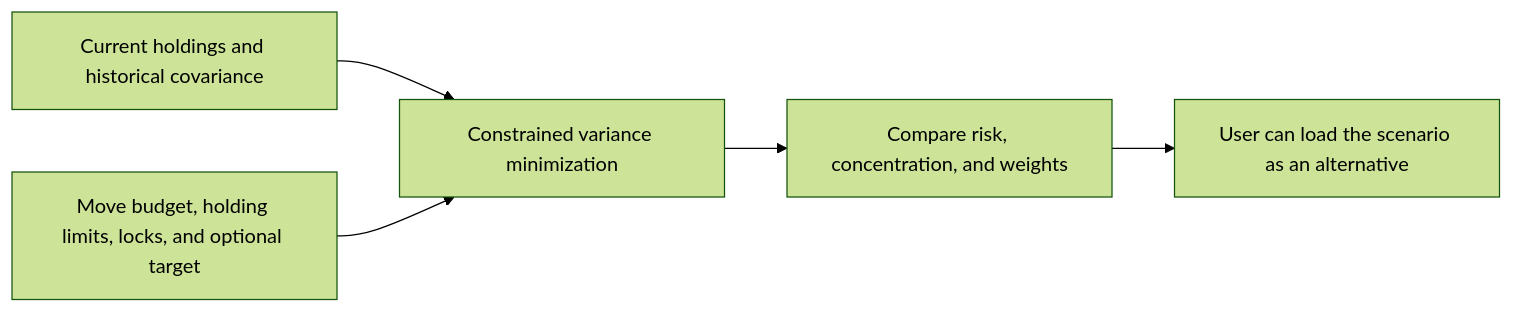
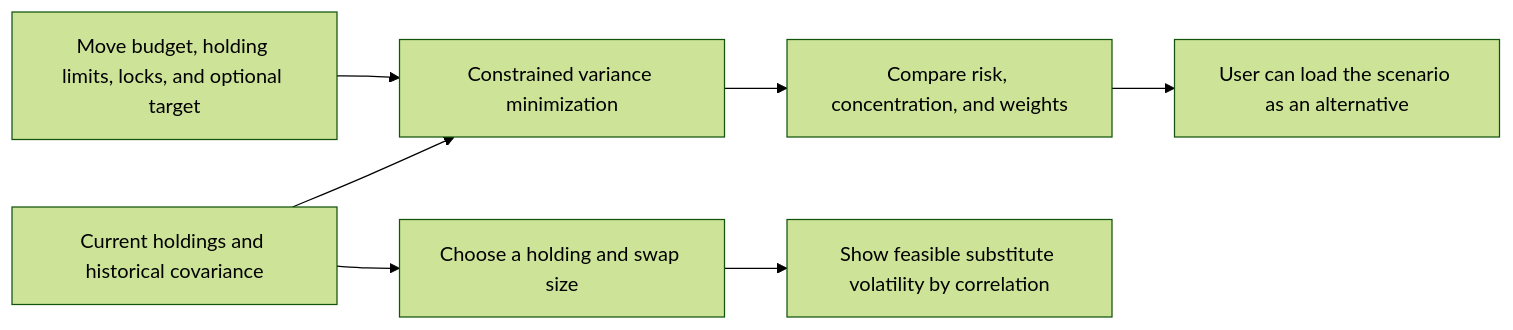
One commit to alisaayz/portfolio-risk changed the second of 2 diagrams in README.md. Above: the diagram before and after it, drawn with Mermaid (forest theme). The commit also changed other lines of this file and 11 other files, not shown here.

````diff
--- a/README.md
+++ b/README.md
@@ -291,7 +294,9 @@
 ```mermaid
 flowchart LR
     A[Current holdings and historical covariance] --> C[Constrained variance minimization]
     B[Move budget, holding limits, locks, and optional target] --> C
     C --> D[Compare risk, concentration, and weights]
     D --> E[User can load the scenario as an alternative]
+    A --> F[Choose a holding and swap size]
+    F --> G[Show feasible substitute volatility by correlation]
 ```
````
